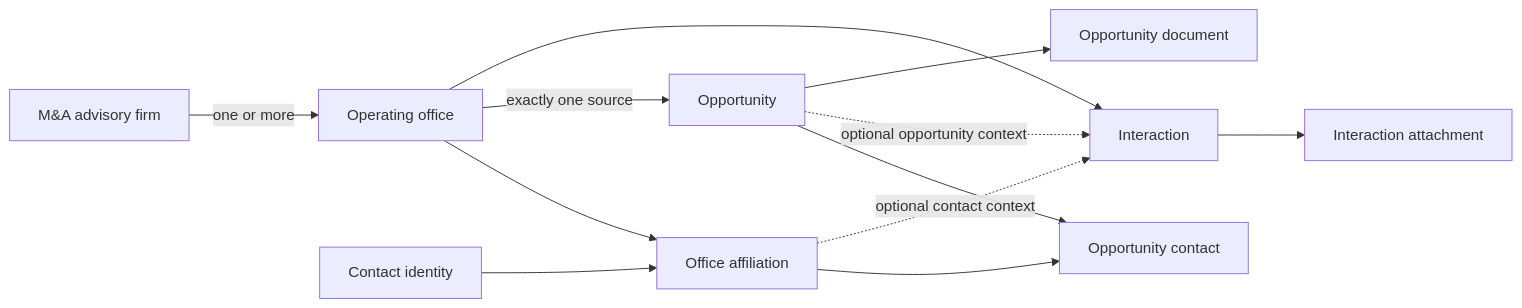
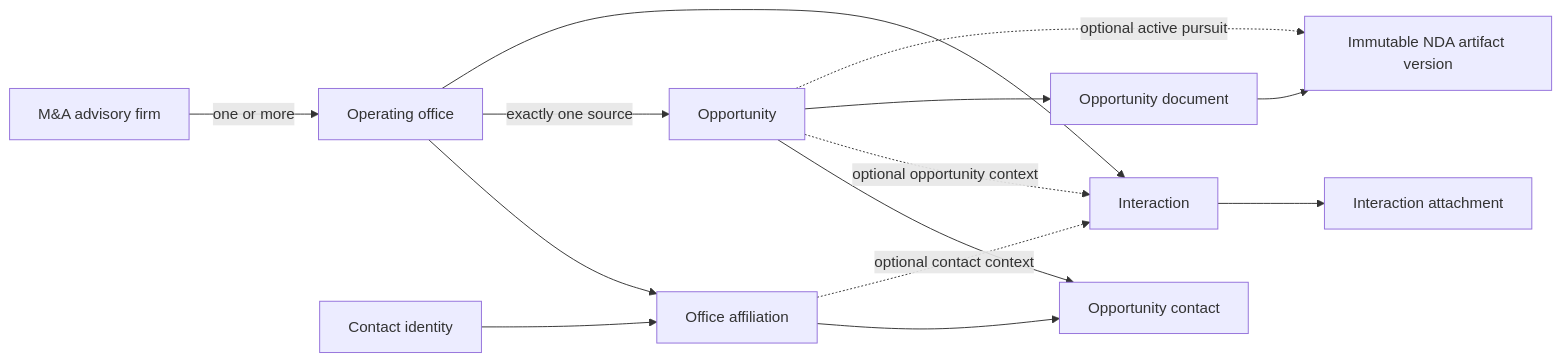
Before and after one commit to ivan-loves-git/v0-re-new-2-0: the diagram in docs/data-models/ma-advisory-data-model-v1.md, drawn with Mermaid. The commit also changed other lines of this file and 17 other files, not shown here.

Commit message:
feat(opportunities): add canonical NDA artifact foundation

````diff
--- a/docs/data-models/ma-advisory-data-model-v1.md
+++ b/docs/data-models/ma-advisory-data-model-v1.md
@@ -43,14 +43,16 @@
 ```mermaid
 flowchart LR
     Firm["M&A advisory firm"] -->|"one or more"| Office["Operating office"]
     Contact["Contact identity"] --> Affiliation["Office affiliation"]
     Office --> Affiliation
     Office -->|"exactly one source"| Opportunity["Opportunity"]
     Opportunity --> OpportunityContact["Opportunity contact"]
     Affiliation --> OpportunityContact
     Office --> Interaction["Interaction"]
     Affiliation -. "optional contact context" .-> Interaction
     Opportunity -. "optional opportunity context" .-> Interaction
     Interaction --> Attachment["Interaction attachment"]
     Opportunity --> OpportunityDocument["Opportunity document"]
+    OpportunityDocument --> NdaArtifact["Immutable NDA artifact version"]
+    Opportunity -. "optional active pursuit" .-> NdaArtifact
 ```
````
